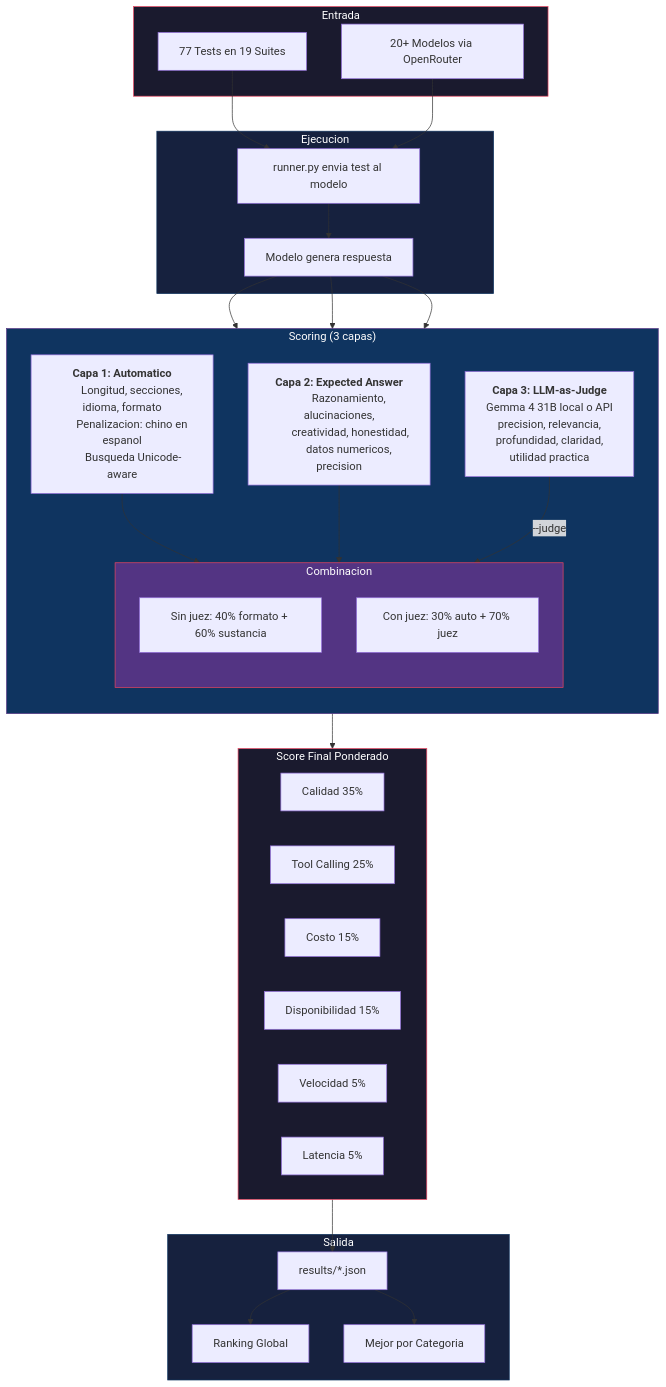
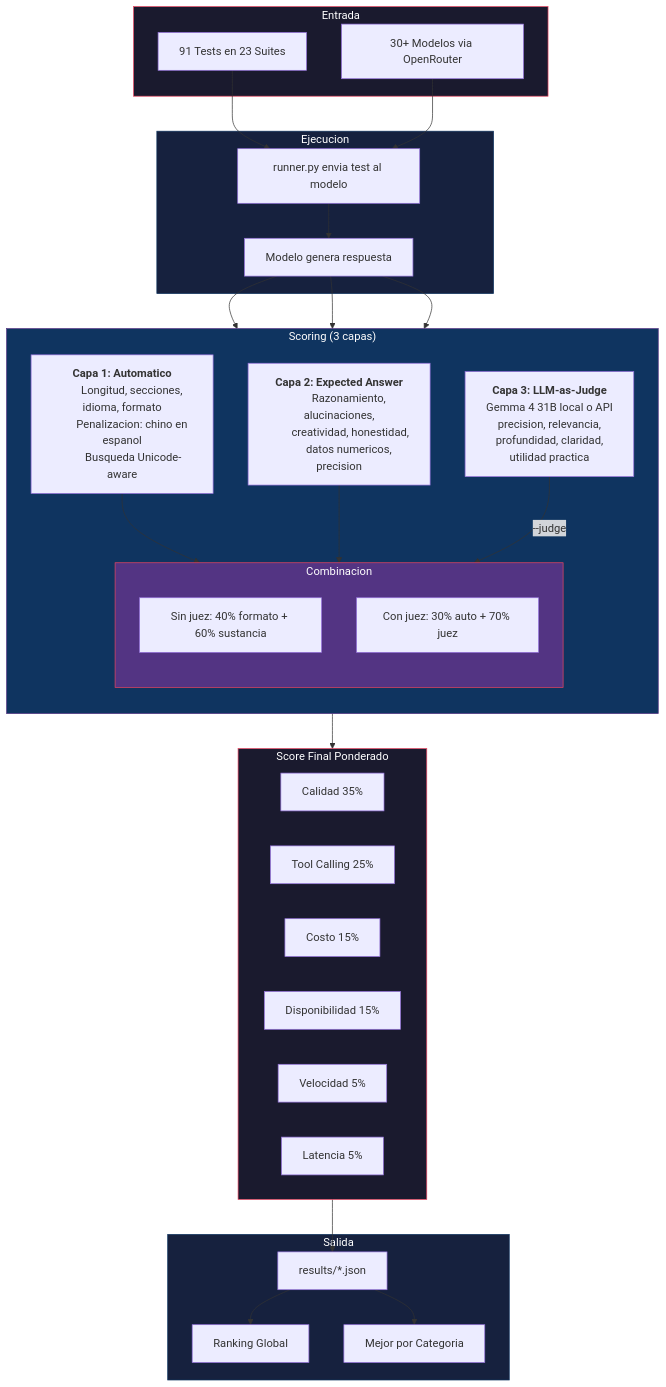
Before and after one commit to ctala/ai-benchmarks-alternativos: the diagram in README.md, drawn with Mermaid. The commit also changed other lines of this file and 6 other files, not shown here.

First line of the commit message:
feat: v2.1.0 - ranking real 17 modelos x 91 tests con Phi-4 judge

````diff
--- a/README.md
+++ b/README.md
@@ -35,75 +35,75 @@
 ```mermaid
 flowchart TD
     subgraph INPUT["Entrada"]
-        T["77 Tests en 19 Suites"]
-        M["20+ Modelos via OpenRouter"]
+        T["91 Tests en 23 Suites"]
+        M["30+ Modelos via OpenRouter"]
     end
 
     subgraph EXEC["Ejecucion"]
         R["runner.py envia test al modelo"]
         RESP["Modelo genera respuesta"]
         R --> RESP
     end
 
     subgraph SCORING["Scoring (3 capas)"]
         direction TB
         S1["<b>Capa 1: Automatico</b>
         Longitud, secciones, idioma, formato
         Penalizacion: chino en espanol
         Busqueda Unicode-aware"]
 
         S2["<b>Capa 2: Expected Answer</b>
         Razonamiento, alucinaciones,
         creatividad, honestidad,
         datos numericos, precision"]
 
         S3["<b>Capa 3: LLM-as-Judge</b>
         Gemma 4 31B local o API
         precision, relevancia,
         profundidad, claridad,
         utilidad practica"]
 
         S1 --> COMBINE
         S2 --> COMBINE
         S3 -->|"--judge"| COMBINE
     end
 
     subgraph COMBINE["Combinacion"]
         direction TB
         NOJUDGE["Sin juez: 40% formato + 60% sustancia"]
         WITHJUDGE["Con juez: 30% auto + 70% juez"]
     end
 
     subgraph METRICS["Score Final Ponderado"]
         direction LR
         Q["Calidad 35%"]
         TC["Tool Calling 25%"]
         CO["Costo 15%"]
         AV["Disponibilidad 15%"]
         SP["Velocidad 5%"]
         LA["Latencia 5%"]
     end
 
     subgraph OUTPUT["Salida"]
         JSON["results/*.json"]
         RANK["Ranking Global"]
         CAT["Mejor por Categoria"]
     end
 
     T --> R
     M --> R
     RESP --> S1
     RESP --> S2
     RESP --> S3
     COMBINE --> METRICS
     METRICS --> JSON
     JSON --> RANK
     JSON --> CAT
 
     style INPUT fill:#1a1a2e,stroke:#e94560,color:#fff
     style EXEC fill:#16213e,stroke:#0f3460,color:#fff
     style SCORING fill:#0f3460,stroke:#533483,color:#fff
     style COMBINE fill:#533483,stroke:#e94560,color:#fff
     style METRICS fill:#1a1a2e,stroke:#e94560,color:#fff
     style OUTPUT fill:#16213e,stroke:#0f3460,color:#fff
 ```
````
